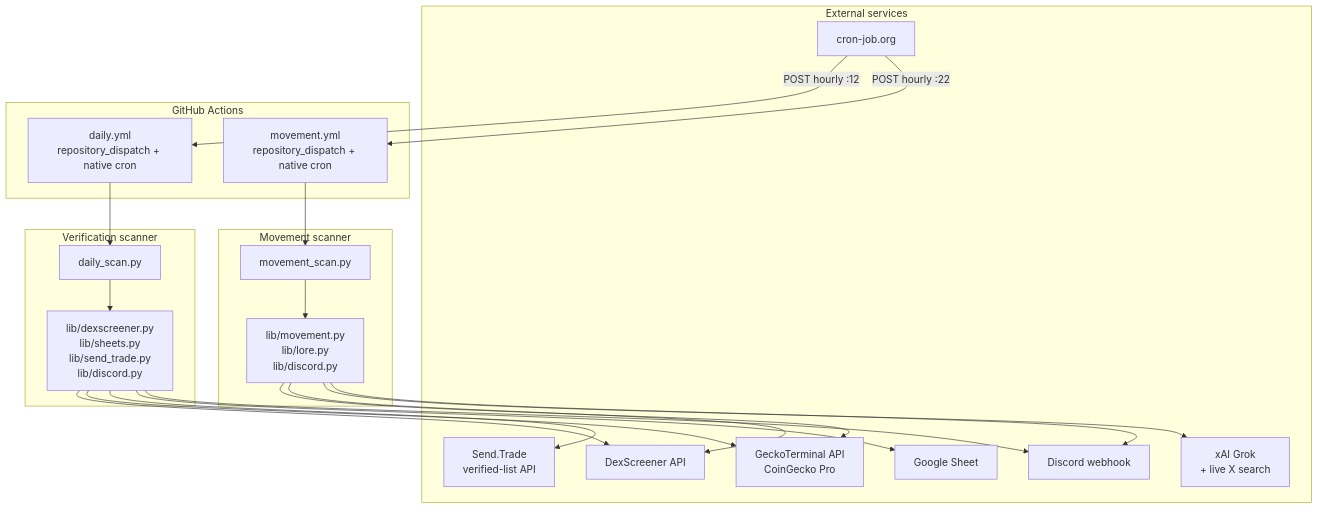
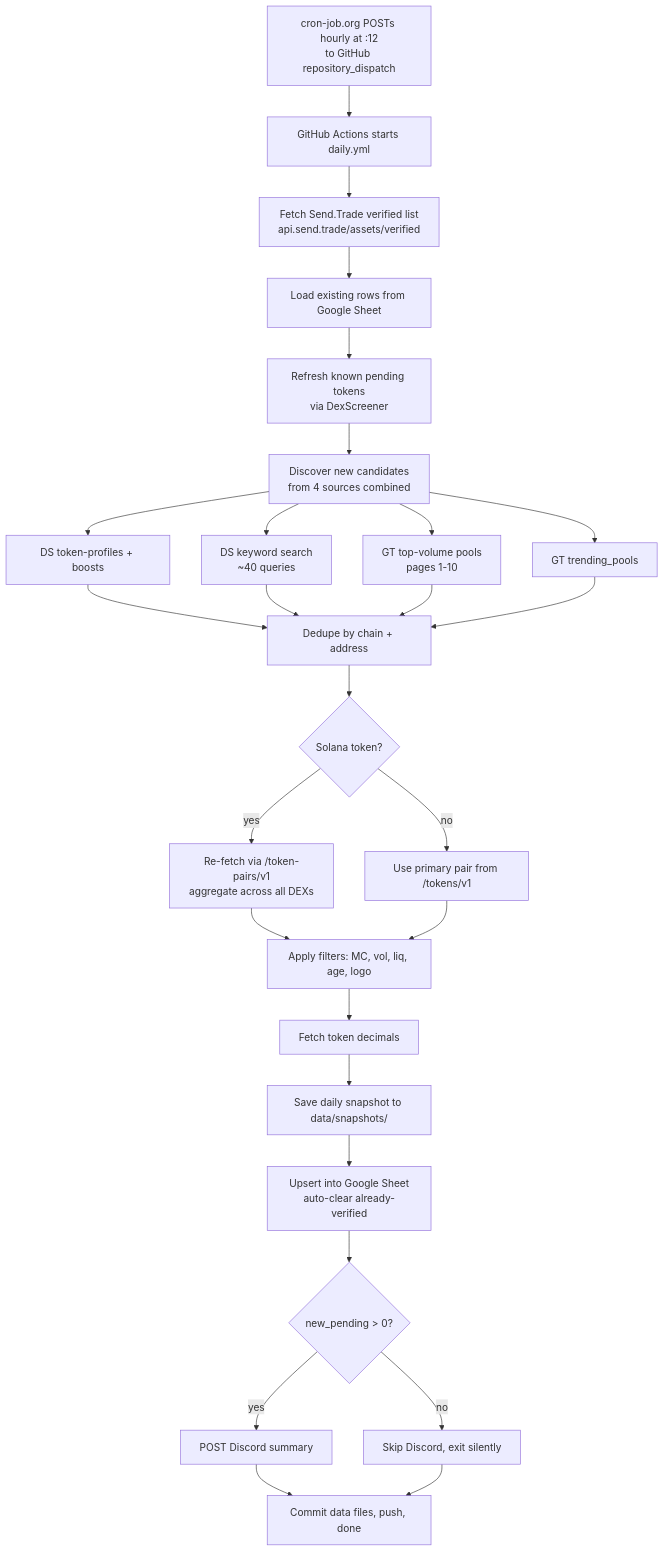
Before and after one commit to beawesomelee/send-trade-monitor: the first of 2 diagrams in README.md, drawn with Mermaid. The commit also changed other lines of this file, not shown here.

Commit message:
README: split arch diagrams per-flow, chronological, strip mid-sentence bolding
- Replaced single tangled mermaid diagram with two top-down chronological
  flowcharts, one per scanner. Each step in the actual execution order
  with clear branching for chain-specific paths and filter decisions.
- Removed mid-sentence emphasis bolding throughout. Bold is now reserved
  for list-item labels and section markers only.

````diff
--- a/README.md
+++ b/README.md
@@ -17,45 +19,26 @@
 ```mermaid
 flowchart TD
-    subgraph external["External services"]
-        CRON[cron-job.org]
-        DS[DexScreener API]
-        GT[GeckoTerminal API<br/>CoinGecko Pro]
-        ST[Send.Trade<br/>verified-list API]
-        GROK[xAI Grok<br/>+ live X search]
-        GS[Google Sheet]
-        DISC[Discord webhook]
-    end
-
-    subgraph github["GitHub Actions"]
-        WD[daily.yml<br/>repository_dispatch + native cron]
-        WM[movement.yml<br/>repository_dispatch + native cron]
-    end
-
-    subgraph daily["Verification scanner"]
-        DSCAN[daily_scan.py]
-        DLIB[lib/dexscreener.py<br/>lib/sheets.py<br/>lib/send_trade.py<br/>lib/discord.py]
-    end
-
-    subgraph movement["Movement scanner"]
-        MSCAN[movement_scan.py]
-        MLIB[lib/movement.py<br/>lib/lore.py<br/>lib/discord.py]
-    end
-
-    CRON -->|POST hourly :12| WD
-    CRON -->|POST hourly :22| WM
-    WD --> DSCAN
-    WM --> MSCAN
-
-    DSCAN --> DLIB
-    DLIB --> DS
-    DLIB --> GT
-    DLIB --> ST
-    DLIB --> GS
-    DLIB --> DISC
-
-    MSCAN --> MLIB
-    MLIB --> GT
-    MLIB --> DS
-    MLIB --> GROK
-    MLIB --> DISC
+    A[cron-job.org POSTs hourly at :12<br/>to GitHub repository_dispatch] --> B[GitHub Actions starts daily.yml]
+    B --> C[Fetch Send.Trade verified list<br/>api.send.trade/assets/verified]
+    C --> D[Load existing rows from Google Sheet]
+    D --> E[Refresh known pending tokens<br/>via DexScreener]
+    E --> F[Discover new candidates<br/>from 4 sources combined]
+    F --> F1[DS token-profiles + boosts]
+    F --> F2[DS keyword search<br/>~40 queries]
+    F --> F3[GT top-volume pools<br/>pages 1-10]
+    F --> F4[GT trending_pools]
+    F1 & F2 & F3 & F4 --> G[Dedupe by chain + address]
+    G --> H{Solana token?}
+    H -->|yes| I[Re-fetch via /token-pairs/v1<br/>aggregate across all DEXs]
+    H -->|no| J[Use primary pair from /tokens/v1]
+    I --> K[Apply filters: MC, vol, liq, age, logo]
+    J --> K
+    K --> L[Fetch token decimals]
+    L --> M[Save daily snapshot to data/snapshots/]
+    M --> N[Upsert into Google Sheet<br/>auto-clear already-verified]
+    N --> O{new_pending &gt; 0?}
+    O -->|yes| P[POST Discord summary]
+    O -->|no| Q[Skip Discord, exit silently]
+    P --> R[Commit data files, push, done]
+    Q --> R
 ```
````
